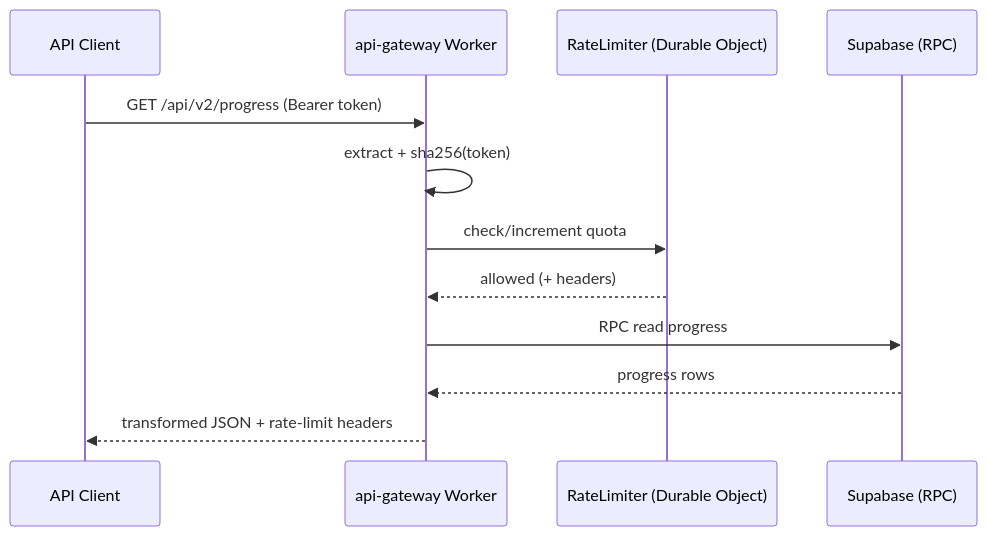
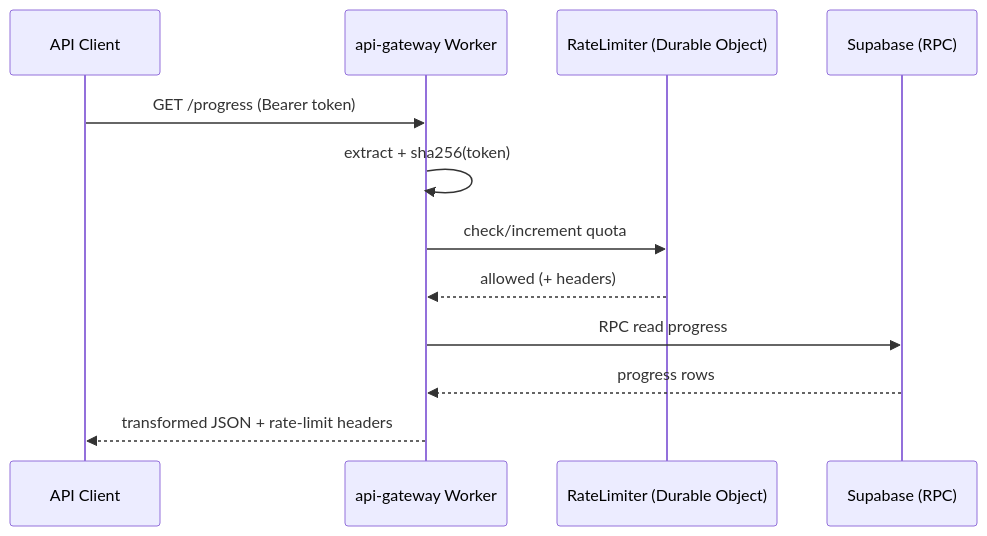
One commit to tarkovtracker-org/TarkovTracker changed the second of 2 diagrams in docs/agent-context/summary/interfaces.md. Above: the diagram before and after it, drawn with Mermaid. The commit also changed 8 other files, not shown here.

````diff
--- a/docs/agent-context/summary/interfaces.md
+++ b/docs/agent-context/summary/interfaces.md
@@ -49,15 +49,15 @@
 ```mermaid
 sequenceDiagram
     participant Client as API Client
     participant GW as api-gateway Worker
     participant RL as RateLimiter (Durable Object)
     participant DB as Supabase (RPC)
 
-    Client->>GW: GET /api/v2/progress (Bearer token)
+    Client->>GW: GET /progress (Bearer token)
     GW->>GW: extract + sha256(token)
     GW->>RL: check/increment quota
     RL-->>GW: allowed (+ headers)
     GW->>DB: RPC read progress
     DB-->>GW: progress rows
     GW-->>Client: transformed JSON + rate-limit headers
 ```
````
